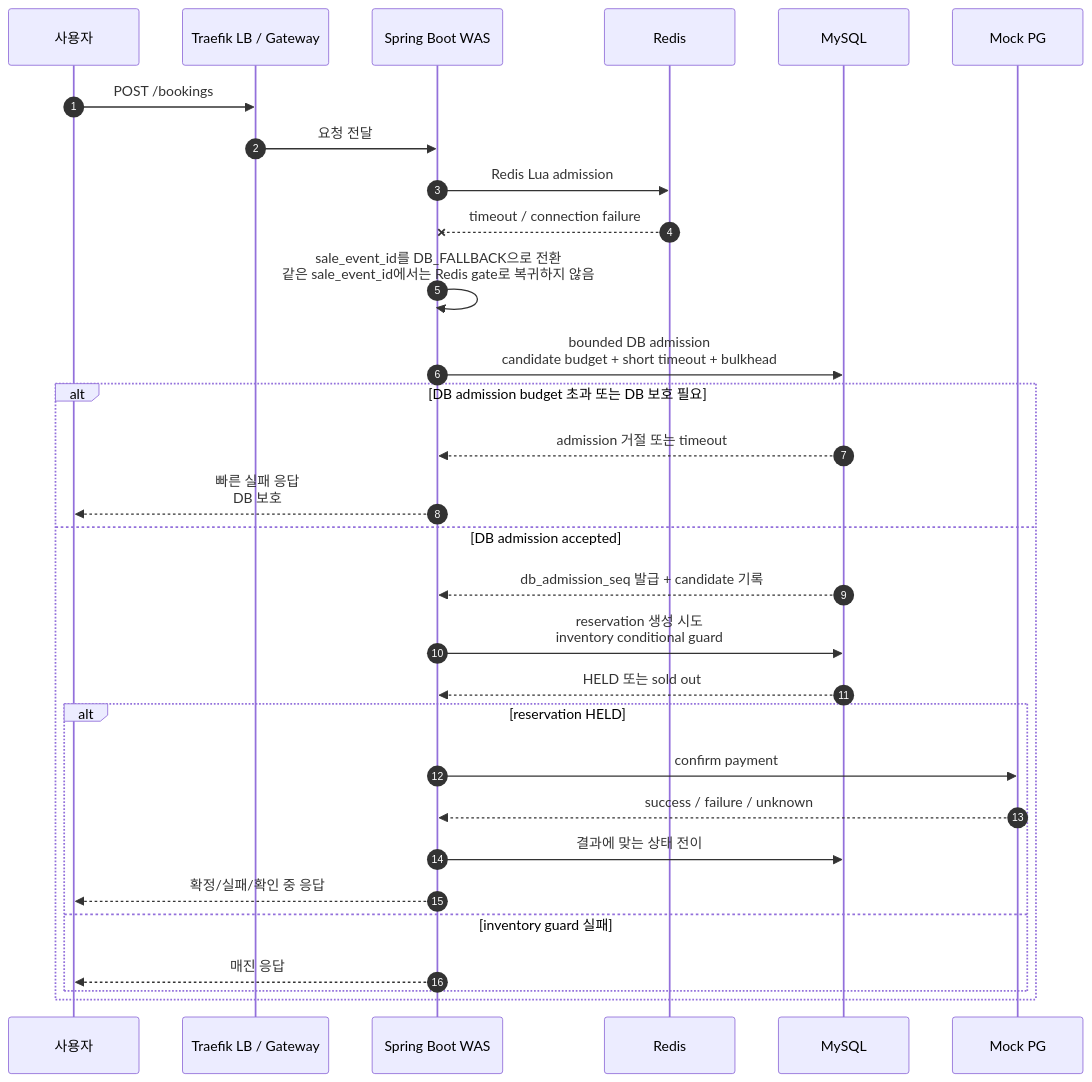
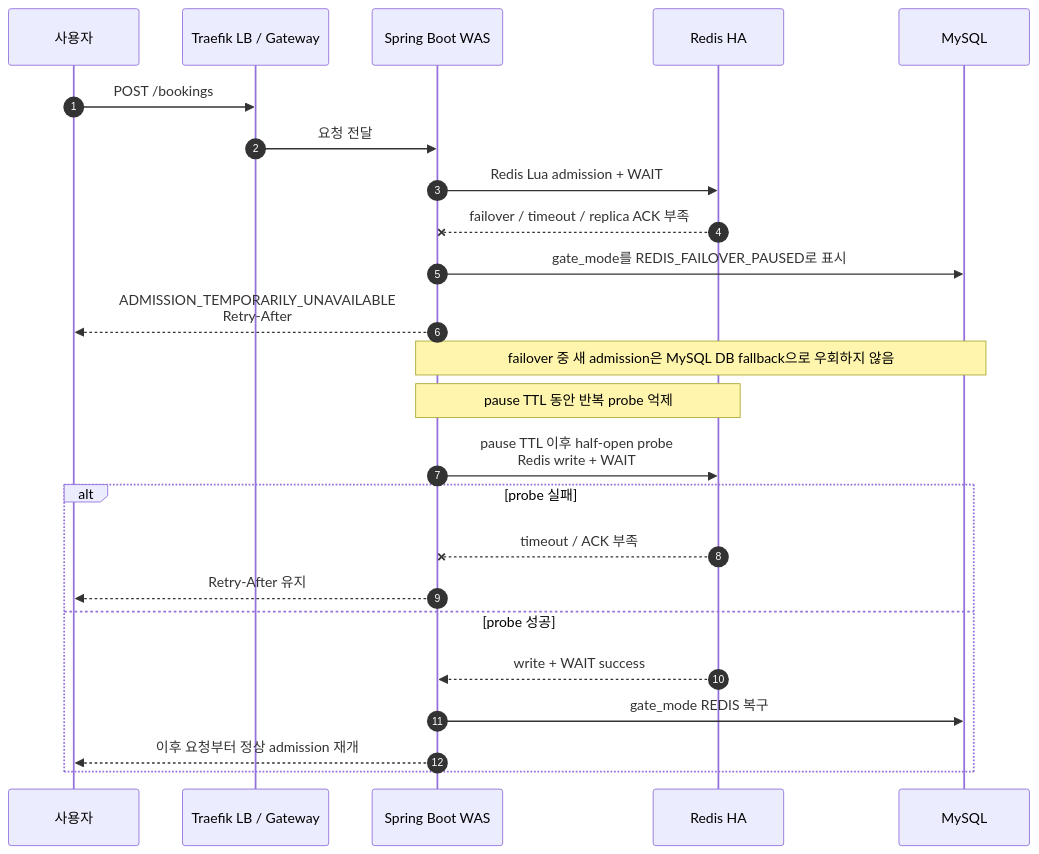
Before and after one commit to lsh1215/peak-booking-system: the fourth of 6 diagrams in docs/system-design/booking-user-flow-mermaid.md, drawn with Mermaid. The commit also changed other lines of this file and 9 other files, not shown here.

First line of the commit message:
docs: record Redis HA failover decisions

````diff
--- a/docs/system-design/booking-user-flow-mermaid.md
+++ b/docs/system-design/booking-user-flow-mermaid.md
@@ -138,37 +139,31 @@
 ```mermaid
 sequenceDiagram
     autonumber
     participant U as 사용자
     participant T as Traefik LB / Gateway
     participant A as Spring Boot WAS
-    participant R as Redis
+    participant R as Redis HA
     participant D as MySQL
-    participant P as Mock PG
 
     U->>T: POST /bookings
     T->>A: 요청 전달
 
-    A->>R: Redis Lua admission
-    R--x A: timeout / connection failure
+    A->>R: Redis Lua admission + WAIT
+    R--x A: failover / timeout / replica ACK 부족
 
-    A->>A: sale_event_id를 DB_FALLBACK으로 전환<br/>같은 sale_event_id에서는 Redis gate로 복귀하지 않음
-    A->>D: bounded DB admission<br/>candidate budget + short timeout + bulkhead
+    A->>D: gate_mode를 REDIS_FAILOVER_PAUSED로 표시
+    A-->>U: ADMISSION_TEMPORARILY_UNAVAILABLE<br/>Retry-After
 
-    alt DB admission budget 초과 또는 DB 보호 필요
-        D-->>A: admission 거절 또는 timeout
-        A-->>U: 빠른 실패 응답<br/>DB 보호
-    else DB admission accepted
-        D-->>A: db_admission_seq 발급 + candidate 기록
-        A->>D: reservation 생성 시도<br/>inventory conditional guard
-        D-->>A: HELD 또는 sold out
+    Note over A,D: failover 중 새 admission은 MySQL DB fallback으로 우회하지 않음
+    Note over A,R: pause TTL 동안 반복 probe 억제
 
-        alt reservation HELD
-            A->>P: confirm payment
-            P-->>A: success / failure / unknown
-            A->>D: 결과에 맞는 상태 전이
-            A-->>U: 확정/실패/확인 중 응답
-        else inventory guard 실패
-            A-->>U: 매진 응답
-        end
+    A->>R: pause TTL 이후 half-open probe<br/>Redis write + WAIT
+    alt probe 실패
+        R--x A: timeout / ACK 부족
+        A-->>U: Retry-After 유지
+    else probe 성공
+        R-->>A: write + WAIT success
+        A->>D: gate_mode REDIS 복구
+        A-->>U: 이후 요청부터 정상 admission 재개
     end
 ```
````
